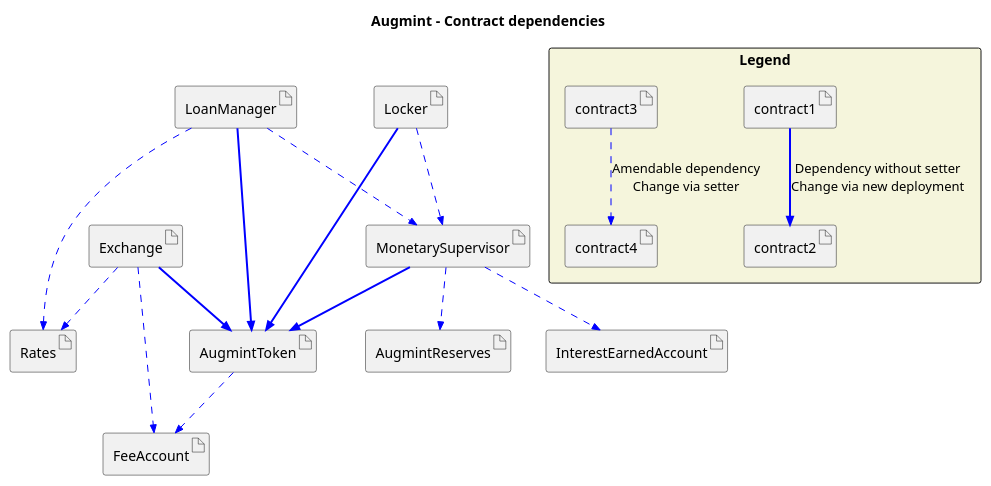
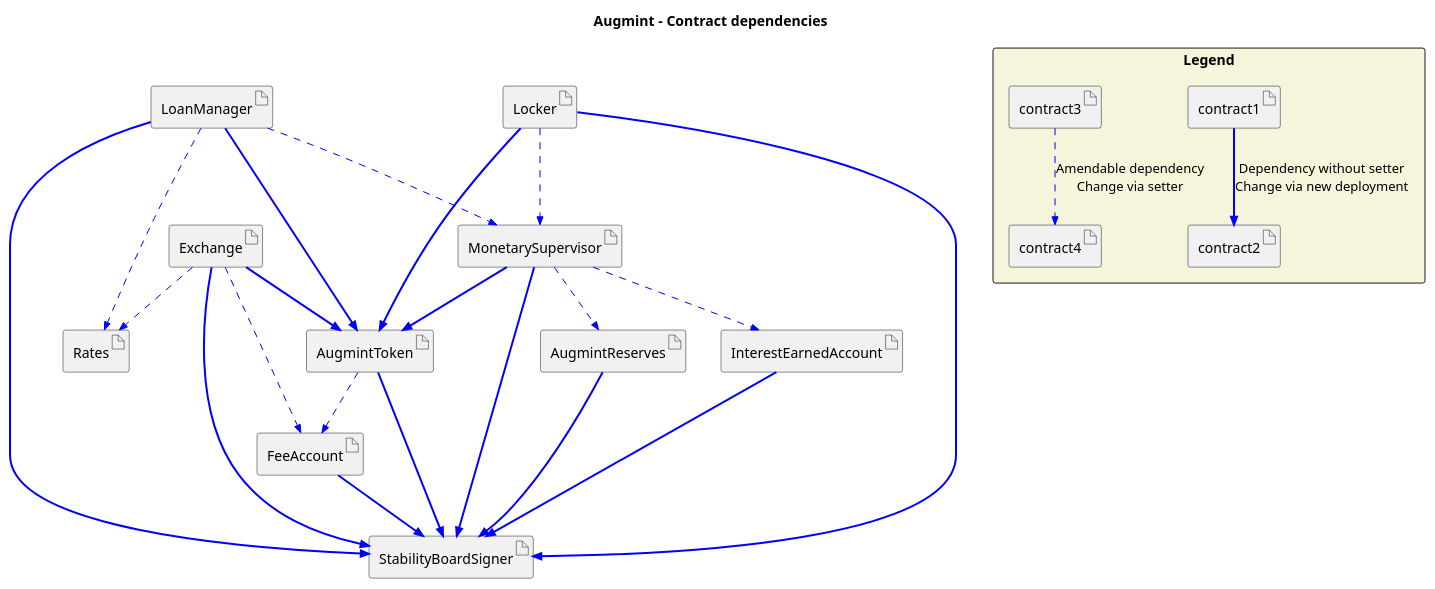
One commit to Augmint/augmint-contracts changed the diagram in docs/contractDependencies.plantuml. Above: the diagram before and after it, drawn with PlantUML. The commit also changed 13 other files, not shown here.

```diff
--- a/docs/contractDependencies.plantuml
+++ b/docs/contractDependencies.plantuml
@@ -1,43 +1,55 @@
 @startuml
 title **Augmint** - Contract dependencies
 skinparam ArrowColor #blue
 skinparam noteBackgroundColor #lightgrey
 
+artifact StabilityBoardSigner
 artifact Rates
 artifact AugmintReserves
 artifact FeeAccount
 artifact AugmintToken
 artifact InterestEarnedAccount
 artifact MonetarySupervisor
 artifact LoanManager
 artifact Locker
 artifact Exchange
 
 
 rectangle "Legend" #Beige {
 	artifact contract1
 	artifact contract2
     artifact contract3
 	artifact contract4
     contract1 ==>> contract2 : Dependency without setter\nChange via new deployment
     contract3 ..>> contract4 : Amendable dependency\nChange via setter
 }
 
+AugmintToken ==>> StabilityBoardSigner
 AugmintToken ..>> FeeAccount
 
+MonetarySupervisor ==>> StabilityBoardSigner
 MonetarySupervisor ==>> AugmintToken
 MonetarySupervisor ..>> AugmintReserves
 MonetarySupervisor ..>> InterestEarnedAccount
 
+LoanManager ==>> StabilityBoardSigner
 LoanManager ==>> AugmintToken
 LoanManager ..>> MonetarySupervisor
 LoanManager ..>> Rates
 
+Locker ==>> StabilityBoardSigner
 Locker ==>> AugmintToken
 Locker ..>> MonetarySupervisor
 
+Exchange ==>> StabilityBoardSigner
 Exchange ==>> AugmintToken
 Exchange ..>> Rates
 Exchange ..>> FeeAccount
 
+InterestEarnedAccount ==>> StabilityBoardSigner
+
+FeeAccount ==>> StabilityBoardSigner
+
+AugmintReserves ==>> StabilityBoardSigner
+
 @enduml
```
